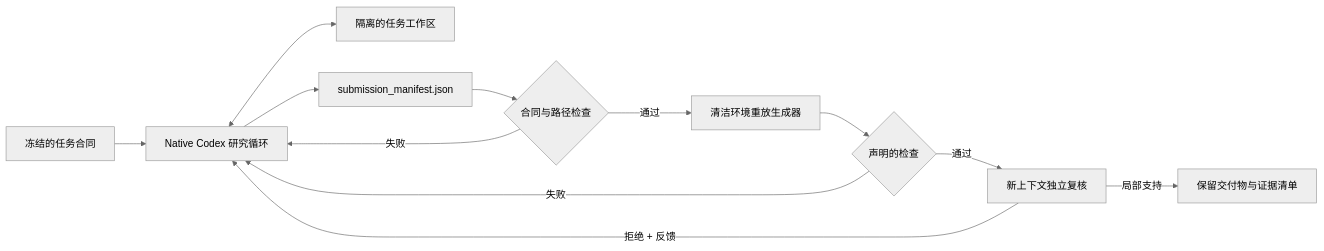
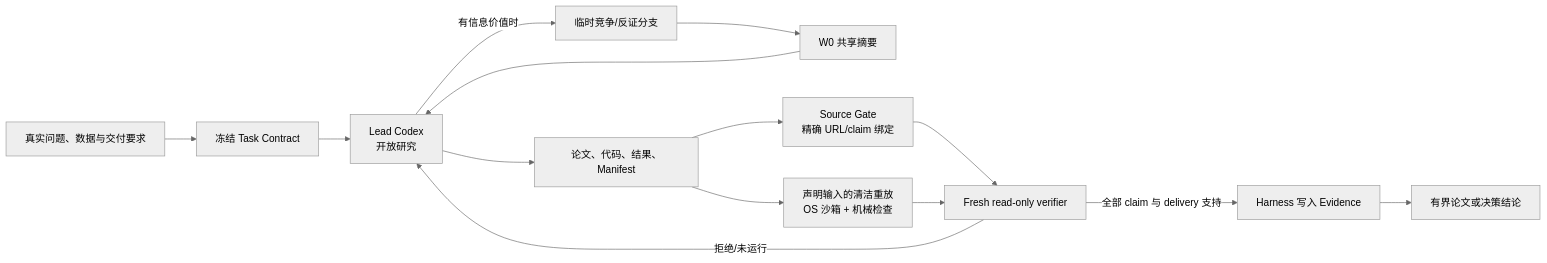
The diagram in README.md (zx070326-hash/fma-trusted-modeling-agent), drawn with Mermaid (neutral theme) before and after one commit. The commit also changed other lines of this file and 19 other files, not shown here.

````diff
--- a/README.md
+++ b/README.md
@@ -10,14 +9,16 @@
 ```mermaid
 flowchart LR
-    P["冻结的任务合同"] --> R["Native Codex 研究循环"]
-    R <--> W["隔离的任务工作区"]
-    R --> M["submission_manifest.json"]
-    M --> C{"合同与路径检查"}
-    C -->|"失败"| R
-    C -->|"通过"| X["清洁环境重放生成器"]
-    X --> K{"声明的检查"}
-    K -->|"失败"| R
-    K -->|"通过"| V["新上下文独立复核"]
-    V -->|"拒绝 + 反馈"| R
-    V -->|"局部支持"| D["保留交付物与证据清单"]
+    Q["真实问题、数据与交付要求"] --> C["冻结 Task Contract"]
+    C --> L["Lead Codex<br/>开放研究"]
+    L -->|"有信息价值时"| B["临时竞争/反证分支"]
+    B --> K["W0 共享摘要"]
+    K --> L
+    L --> M["论文、代码、结果、Manifest"]
+    M --> S["Source Gate<br/>精确 URL/claim 绑定"]
+    M --> R["声明输入的清洁重放<br/>OS 沙箱 + 机械检查"]
+    S --> V["Fresh read-only verifier"]
+    R --> V
+    V -->|"全部 claim 与 delivery 支持"| E["Harness 写入 Evidence"]
+    V -->|"拒绝/未运行"| L
+    E --> D["有界论文或决策结论"]
 ```
````
